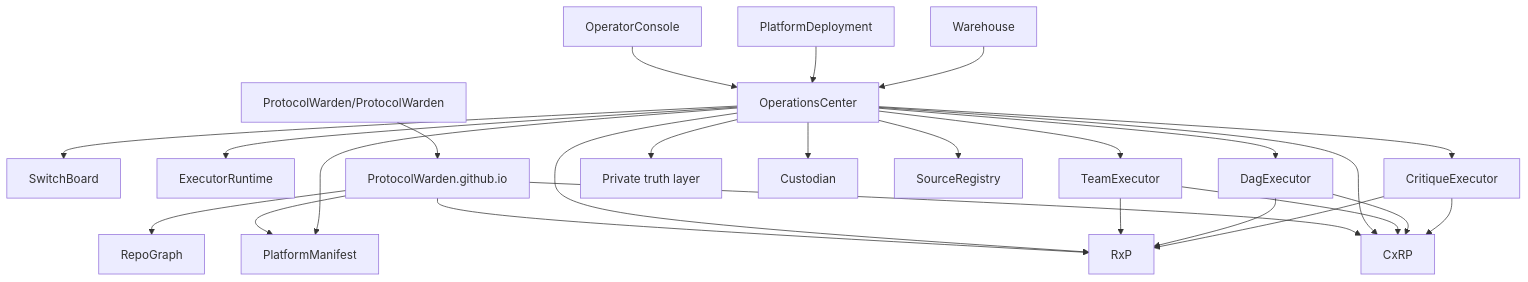
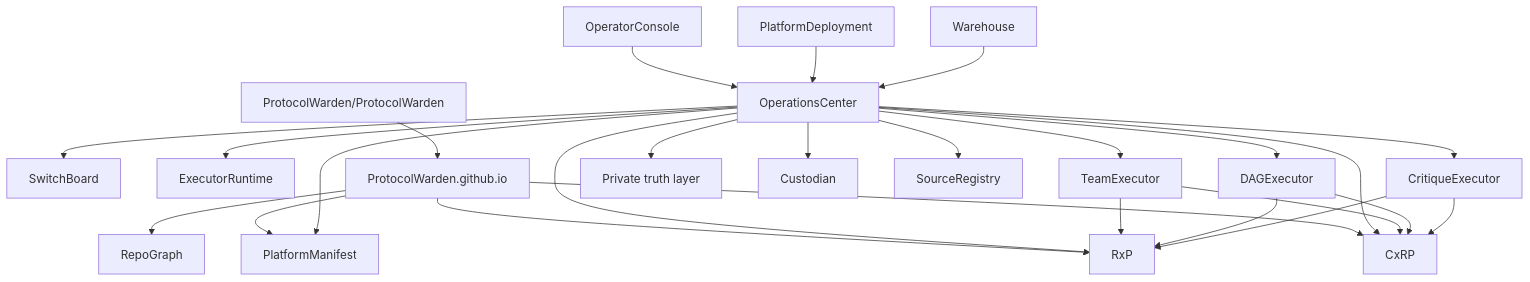
The diagram in docs/topology/ecosystem-graph.md (ProtocolWarden/ProtocolWarden.github.io), drawn with Mermaid before and after one commit. The commit also changed 8 other files, not shown here.

Commit message:
refactor: rename DagExecutor → DAGExecutor across all docs

````diff
--- a/docs/topology/ecosystem-graph.md
+++ b/docs/topology/ecosystem-graph.md
@@ -3,47 +3,47 @@
 ```mermaid
 graph TD
     FRONT[ProtocolWarden/ProtocolWarden]
     OC[OperatorConsole]
     OPS[OperationsCenter]
     SB[SwitchBoard]
     CX[CxRP]
     RX[RxP]
     ER[ExecutorRuntime]
     TE[TeamExecutor]
-    DE[DagExecutor]
+    DE[DAGExecutor]
     CE[CritiqueExecutor]
     RG[RepoGraph]
     PM[PlatformManifest]
     PT[Private truth layer]
     CU[Custodian]
     WS[PlatformDeployment]
     WH[Warehouse]
     SR[SourceRegistry]
     DOCS[ProtocolWarden.github.io]
 
     FRONT --> DOCS
     DOCS --> PM
     DOCS --> RG
     DOCS --> CX
     DOCS --> RX
     OC --> OPS
     OPS --> SB
     OPS --> CX
     OPS --> RX
     OPS --> ER
     OPS --> TE
     OPS --> DE
     OPS --> CE
     OPS --> PM
     OPS --> PT
     OPS --> SR
     OPS --> CU
     TE --> CX
     TE --> RX
     DE --> CX
     DE --> RX
     CE --> CX
     CE --> RX
     WS --> OPS
     WH --> OPS
 ```
````
